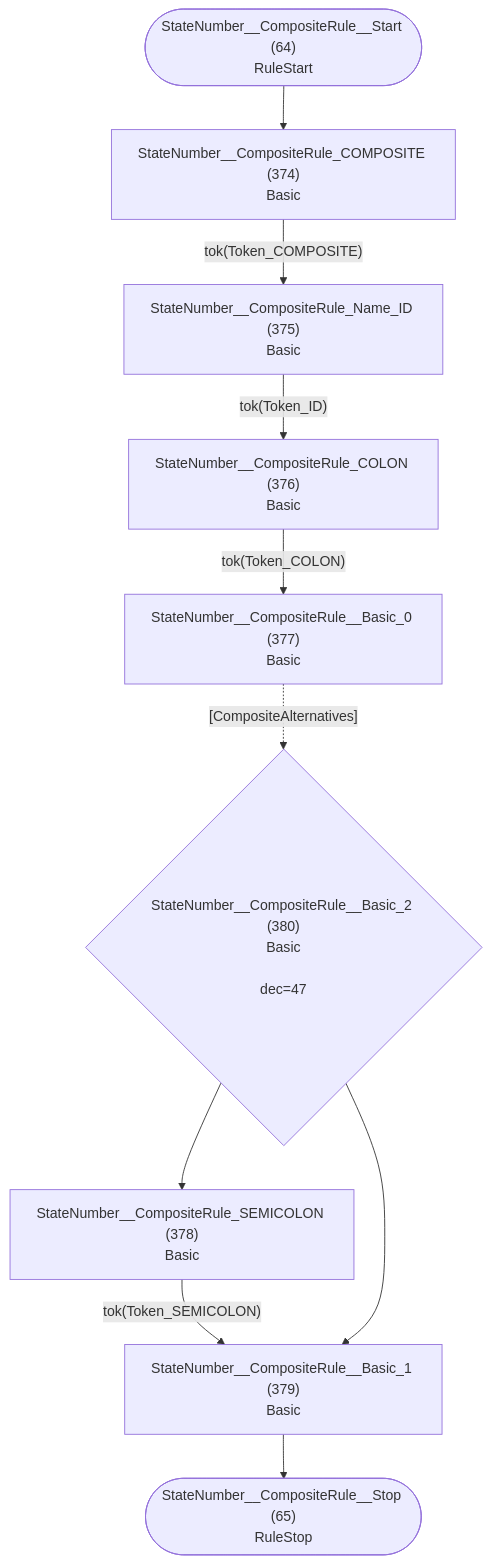
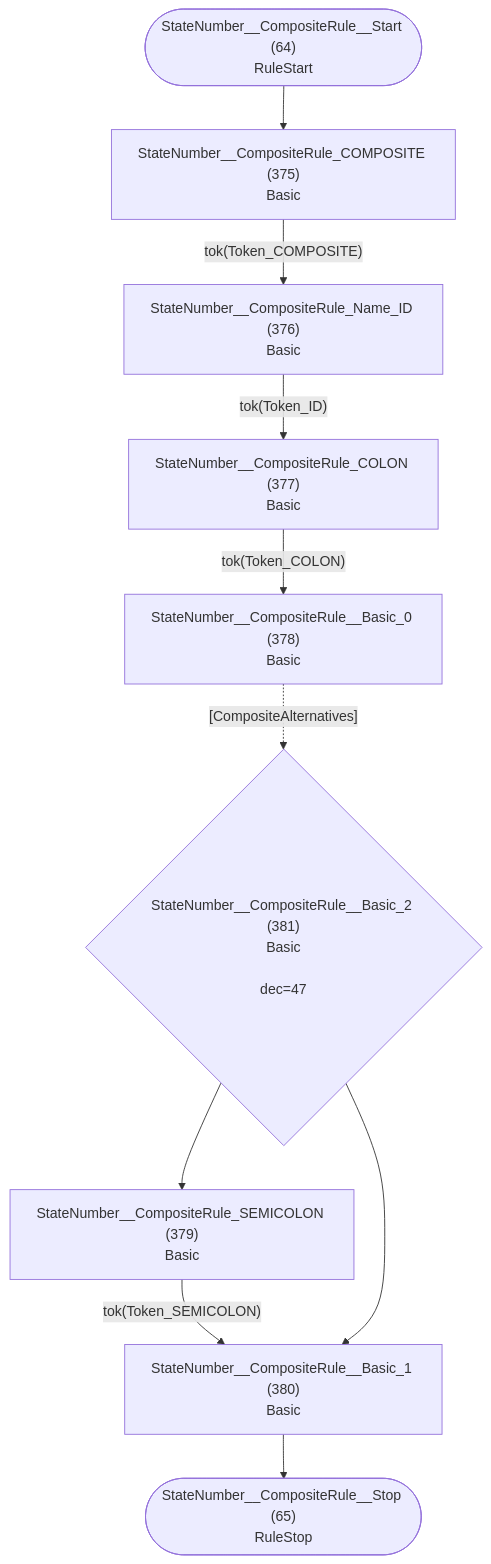
Diagram 33 of 36 in internal/grammar/atn.md (TypeFox/fastbelt), drawn with Mermaid before and after one commit. The commit also changed other lines of this file and 9 other files, not shown here.

````diff
--- a/internal/grammar/atn.md
+++ b/internal/grammar/atn.md
@@ -994,22 +996,22 @@
 ```mermaid
 flowchart TD
     q64(["StateNumber__CompositeRule__Start (64)<br/>RuleStart"])
     q65(["StateNumber__CompositeRule__Stop (65)<br/>RuleStop"])
-    q374["StateNumber__CompositeRule_COMPOSITE (374)<br/>Basic<br/>"]
-    q375["StateNumber__CompositeRule_Name_ID (375)<br/>Basic<br/>"]
-    q376["StateNumber__CompositeRule_COLON (376)<br/>Basic<br/>"]
-    q377["StateNumber__CompositeRule__Basic_0 (377)<br/>Basic<br/>"]
-    q378["StateNumber__CompositeRule_SEMICOLON (378)<br/>Basic<br/>"]
-    q379["StateNumber__CompositeRule__Basic_1 (379)<br/>Basic<br/>"]
-    q380{"StateNumber__CompositeRule__Basic_2 (380)<br/>Basic<br/><br/>dec=47"}
+    q375["StateNumber__CompositeRule_COMPOSITE (375)<br/>Basic<br/>"]
+    q376["StateNumber__CompositeRule_Name_ID (376)<br/>Basic<br/>"]
+    q377["StateNumber__CompositeRule_COLON (377)<br/>Basic<br/>"]
+    q378["StateNumber__CompositeRule__Basic_0 (378)<br/>Basic<br/>"]
+    q379["StateNumber__CompositeRule_SEMICOLON (379)<br/>Basic<br/>"]
+    q380["StateNumber__CompositeRule__Basic_1 (380)<br/>Basic<br/>"]
+    q381{"StateNumber__CompositeRule__Basic_2 (381)<br/>Basic<br/><br/>dec=47"}
 
-    q64 --> q374
-    q374 -->|"tok(Token_COMPOSITE)"| q375
-    q375 -->|"tok(Token_ID)"| q376
-    q376 -->|"tok(Token_COLON)"| q377
-    q377 -.->|"[CompositeAlternatives]"| q380
-    q378 -->|"tok(Token_SEMICOLON)"| q379
-    q379 --> q65
-    q380 --> q378
-    q380 --> q379
+    q64 --> q375
+    q375 -->|"tok(Token_COMPOSITE)"| q376
+    q376 -->|"tok(Token_ID)"| q377
+    q377 -->|"tok(Token_COLON)"| q378
+    q378 -.->|"[CompositeAlternatives]"| q381
+    q379 -->|"tok(Token_SEMICOLON)"| q380
+    q380 --> q65
+    q381 --> q379
+    q381 --> q380
 ```
````
